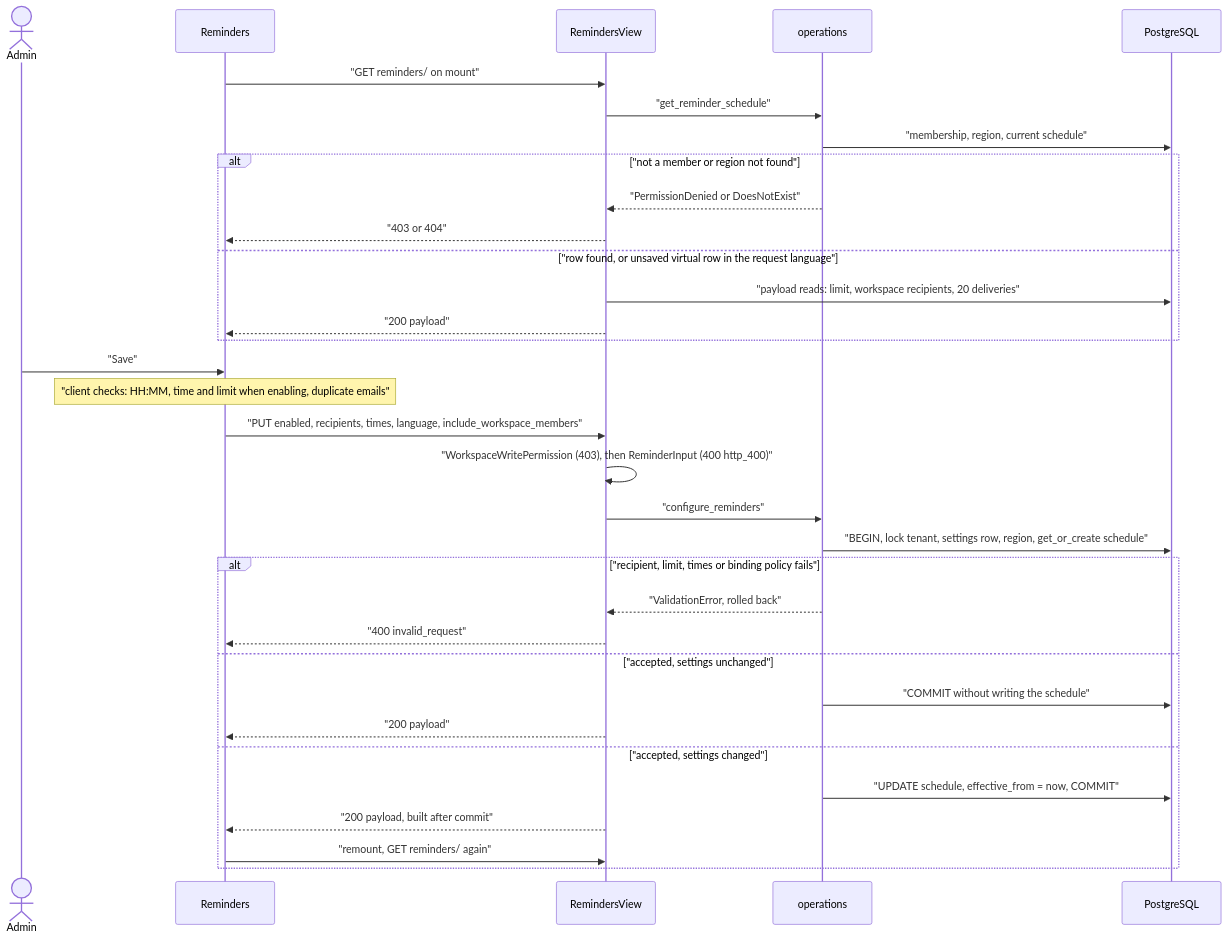
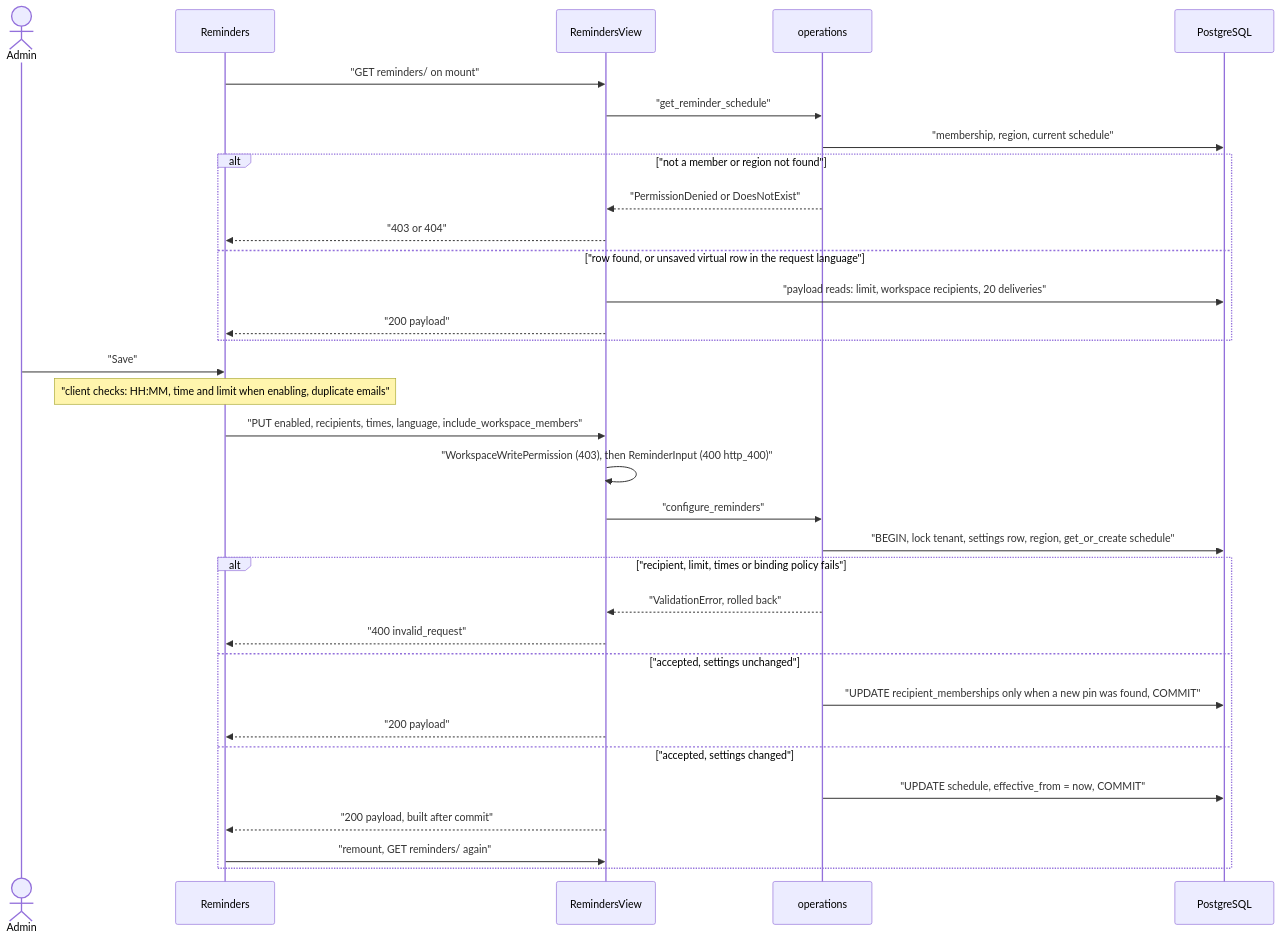
The diagram in docs/flows/reminder-configuration.md (erkurtharun/pyracast), drawn with Mermaid before and after one commit.

Commit message:
Show the membership-only write of an unchanged reminder save in the flow diagram

````diff
--- a/docs/flows/reminder-configuration.md
+++ b/docs/flows/reminder-configuration.md
@@ -13,35 +13,35 @@
 ```mermaid
 sequenceDiagram
     actor A as Admin
     participant U as Reminders
     participant V as RemindersView
     participant O as operations
     participant D as PostgreSQL
     U->>V: "GET reminders/ on mount"
     V->>O: "get_reminder_schedule"
     O->>D: "membership, region, current schedule"
     alt "not a member or region not found"
         O-->>V: "PermissionDenied or DoesNotExist"
         V-->>U: "403 or 404"
     else "row found, or unsaved virtual row in the request language"
         V->>D: "payload reads: limit, workspace recipients, 20 deliveries"
         V-->>U: "200 payload"
     end
     A->>U: "Save"
     Note over U: "client checks: HH:MM, time and limit when enabling, duplicate emails"
     U->>V: "PUT enabled, recipients, times, language, include_workspace_members"
     V->>V: "WorkspaceWritePermission (403), then ReminderInput (400 http_400)"
     V->>O: "configure_reminders"
     O->>D: "BEGIN, lock tenant, settings row, region, get_or_create schedule"
     alt "recipient, limit, times or binding policy fails"
         O-->>V: "ValidationError, rolled back"
         V-->>U: "400 invalid_request"
     else "accepted, settings unchanged"
-        O->>D: "COMMIT without writing the schedule"
+        O->>D: "UPDATE recipient_memberships only when a new pin was found, COMMIT"
         V-->>U: "200 payload"
     else "accepted, settings changed"
         O->>D: "UPDATE schedule, effective_from = now, COMMIT"
         V-->>U: "200 payload, built after commit"
         U->>V: "remount, GET reminders/ again"
     end
 ```
````
